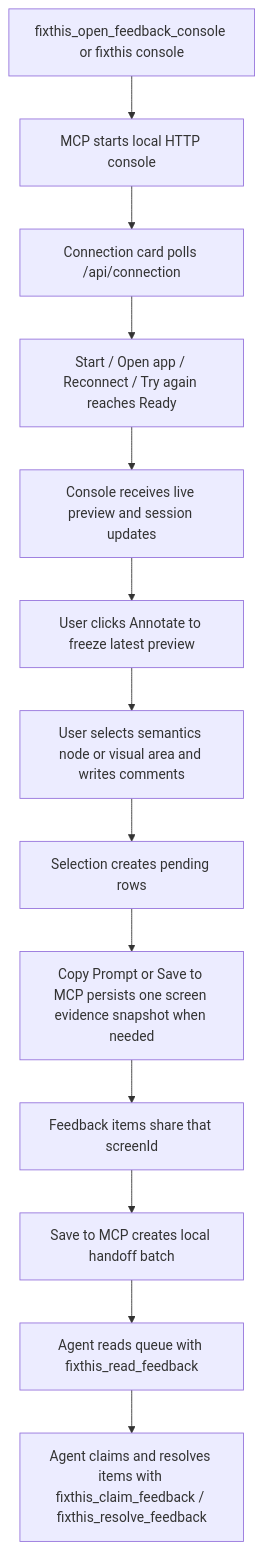
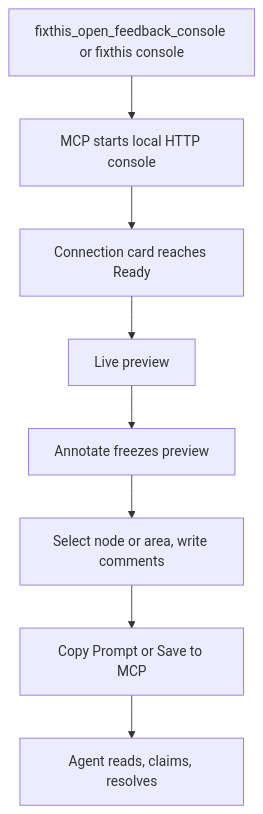
One commit to beyondwin/FixThis changed the second of 2 diagrams in docs/architecture/overview.md. Above: the diagram before and after it, drawn with Mermaid. The commit also changed other lines of this file and 31 other files, not shown here.

````diff
--- a/docs/architecture/overview.md
+++ b/docs/architecture/overview.md
@@ -265,15 +136,10 @@
 ```mermaid
 flowchart TD
     A["fixthis_open_feedback_console or fixthis console"] --> B["MCP starts local HTTP console"]
-    B --> C["Connection card polls /api/connection"]
-    C --> D["Start / Open app / Reconnect / Try again reaches Ready"]
-    D --> E["Console receives live preview and session updates"]
-    E --> F["User clicks Annotate to freeze latest preview"]
-    F --> G["User selects semantics node or visual area and writes comments"]
-    G --> H["Selection creates pending rows"]
-    H --> I["Copy Prompt or Save to MCP persists one screen evidence snapshot when needed"]
-    I --> J["Feedback items share that screenId"]
-    J --> K["Save to MCP creates local handoff batch"]
-    K --> L["Agent reads queue with fixthis_read_feedback"]
-    L --> M["Agent claims and resolves items with fixthis_claim_feedback / fixthis_resolve_feedback"]
+    B --> C["Connection card reaches Ready"]
+    C --> D["Live preview"]
+    D --> E["Annotate freezes preview"]
+    E --> F["Select node or area, write comments"]
+    F --> G["Copy Prompt or Save to MCP"]
+    G --> H["Agent reads, claims, resolves"]
 ```
````
